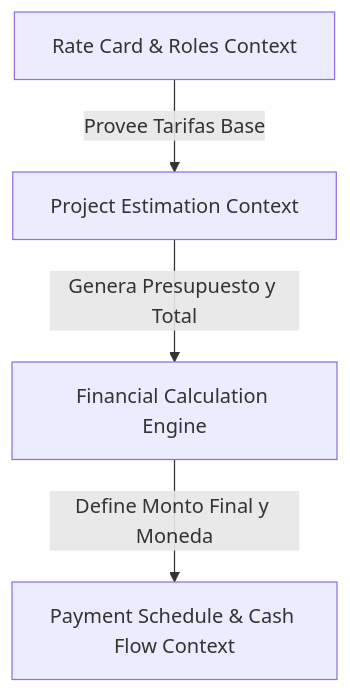
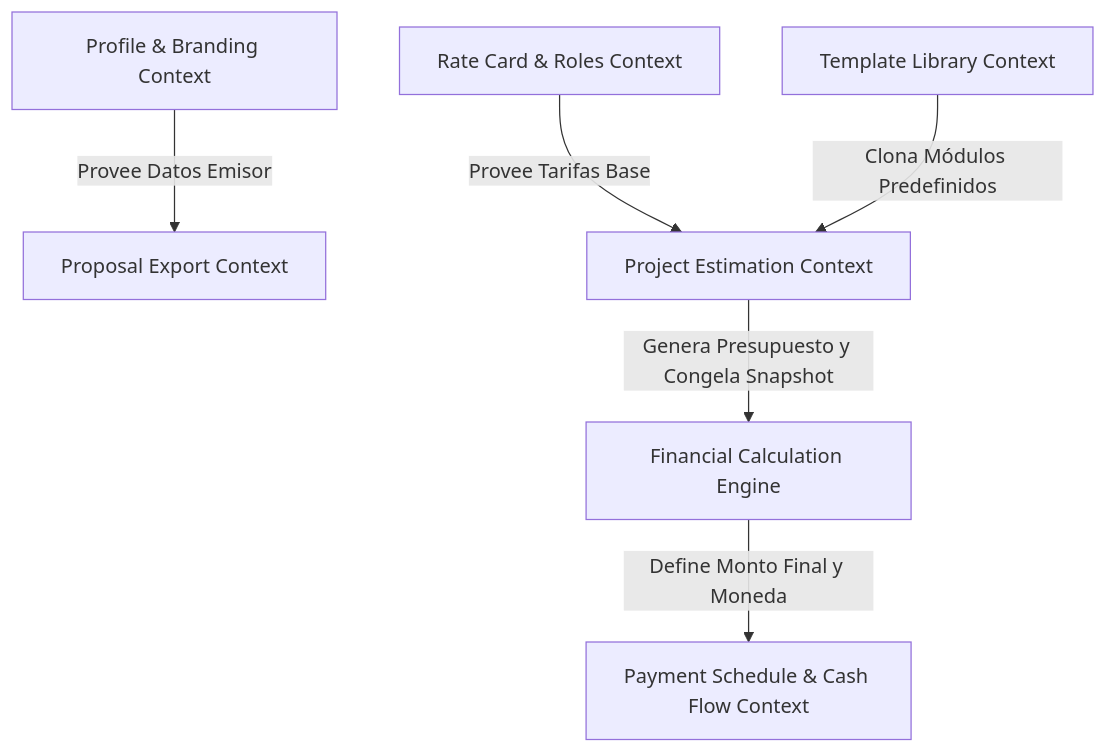
The diagram in docs/02_domain_driven_design_and_architecture.md (bercho001-cpu/ciclic), drawn with Mermaid before and after one commit. The commit also changed other lines of this file and 6 other files, not shown here.

Commit message:
docs: improve specifications, schemas, snapshots, and tdd strategy

````diff
--- a/docs/02_domain_driven_design_and_architecture.md
+++ b/docs/02_domain_driven_design_and_architecture.md
@@ -36,6 +36,8 @@
 ```mermaid
 graph TD
+    P[Profile & Branding Context] -->|Provee Datos Emisor| PR[Proposal Export Context]
     A[Rate Card & Roles Context] -->|Provee Tarifas Base| B[Project Estimation Context]
-    B -->|Genera Presupuesto y Total| C[Financial Calculation Engine]
+    T[Template Library Context] -->|Clona Módulos Predefinidos| B
+    B -->|Genera Presupuesto y Congela Snapshot| C[Financial Calculation Engine]
     C -->|Define Monto Final y Moneda| D[Payment Schedule & Cash Flow Context]
 ```
````
